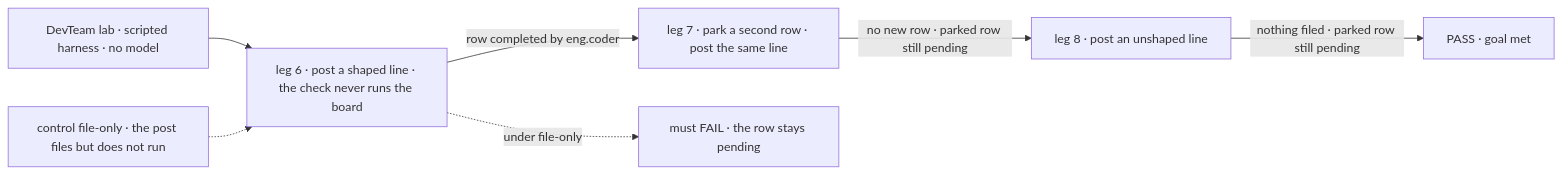
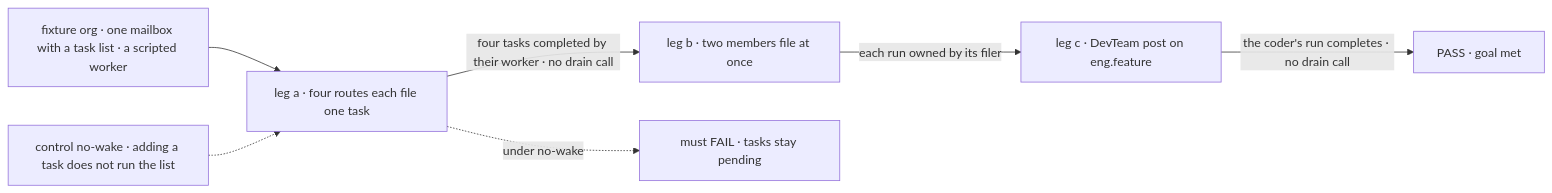
Before and after one commit to fixpoint-labs/flow-state-dev: the first of 2 diagrams in specs/issues/FIX-1777/SPEC.md, drawn with Mermaid. The commit also changed other lines of this file and 7 other files, not shown here.

First line of the commit message:
spec(FIX-1777): re-draft for the general case: any task added to a mailbox's list starts its worker

````diff
--- a/specs/issues/FIX-1777/SPEC.md
+++ b/specs/issues/FIX-1777/SPEC.md
@@ -27,9 +27,9 @@
 ```mermaid
 flowchart LR
-  A["DevTeam lab · scripted harness · no model"] --> L1["leg 6 · post a shaped line · the check never runs the board"]
-  L1 -->|"row completed by eng.coder"| L2["leg 7 · park a second row · post the same line"]
-  L2 -->|"no new row · parked row still pending"| L3["leg 8 · post an unshaped line"]
-  L3 -->|"nothing filed · parked row still pending"| P["PASS · goal met"]
-  C["control file-only · the post files but does not run"] -.-> L1
-  L1 -.->|"under file-only"| F["must FAIL · the row stays pending"]
+  A["fixture org · one mailbox with a task list · a scripted worker"] --> L1["leg a · four routes each file one task"]
+  L1 -->|"four tasks completed by their worker · no drain call"| L2["leg b · two members file at once"]
+  L2 -->|"each run owned by its filer"| L3["leg c · DevTeam post on eng.feature"]
+  L3 -->|"the coder's run completes · no drain call"| P["PASS · goal met"]
+  C["control no-wake · adding a task does not run the list"] -.-> L1
+  L1 -.->|"under no-wake"| F["must FAIL · tasks stay pending"]
 ```
````
